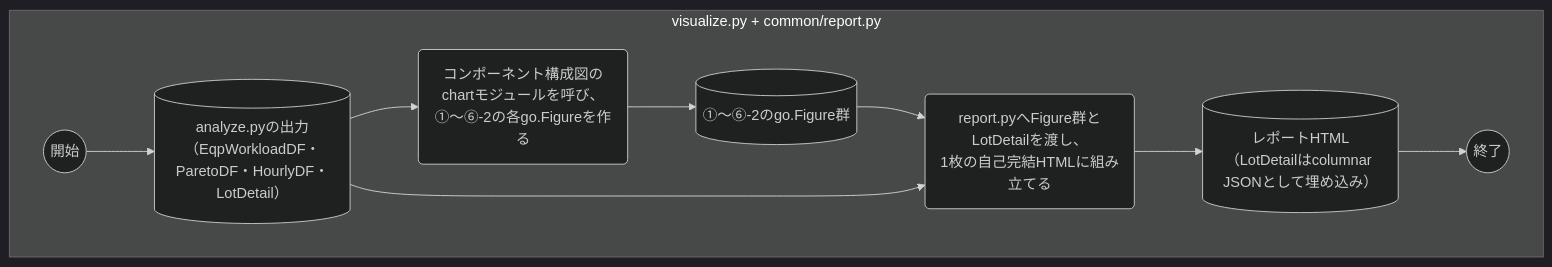
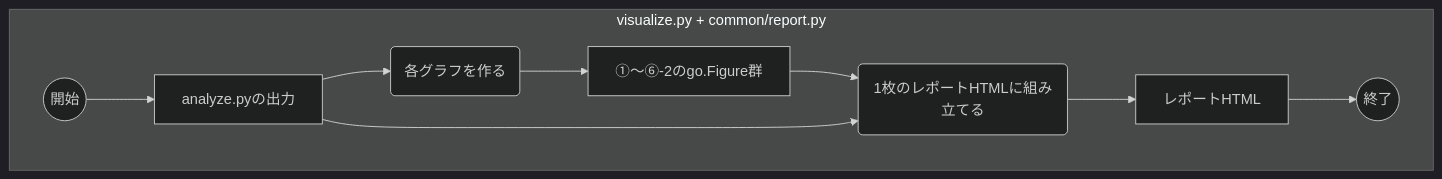
Before and after one commit to mukumuyi/AnalyseTool: the fifth of 7 diagrams in .steering/20260830-eqp-workload-analysis/design.md, drawn with Mermaid (dark theme). The commit also changed other lines of this file and 1 other file, not shown here.

````diff
--- a/.steering/20260830-eqp-workload-analysis/design.md
+++ b/.steering/20260830-eqp-workload-analysis/design.md
@@ -140,12 +156,12 @@
 ```mermaid
 flowchart TD
     subgraph SW4["visualize.py + common/report.py"]
-        Start4((開始)) --> In4[("analyze.pyの出力<br/>（EqpWorkloadDF・ParetoDF・HourlyDF・LotDetail）")]
-        In4 --> Build4("コンポーネント構成図のchartモジュールを呼び、<br/>①〜⑥-2の各go.Figureを作る")
-        Build4 --> Figs4[("①〜⑥-2のgo.Figure群")]
-        Figs4 --> Assemble4("report.pyへFigure群とLotDetailを渡し、<br/>1枚の自己完結HTMLに組み立てる")
+        Start4((開始)) --> In4["analyze.pyの出力"]
+        In4 --> Build4("各グラフを作る")
+        Build4 --> Figs4["①〜⑥-2のgo.Figure群"]
+        Figs4 --> Assemble4("1枚のレポートHTMLに組み立てる")
         In4 --> Assemble4
-        Assemble4 --> Html4[("レポートHTML<br/>（LotDetailはcolumnar JSONとして埋め込み）")]
+        Assemble4 --> Html4["レポートHTML"]
         Html4 --> End4((終了))
     end
 ```
````
